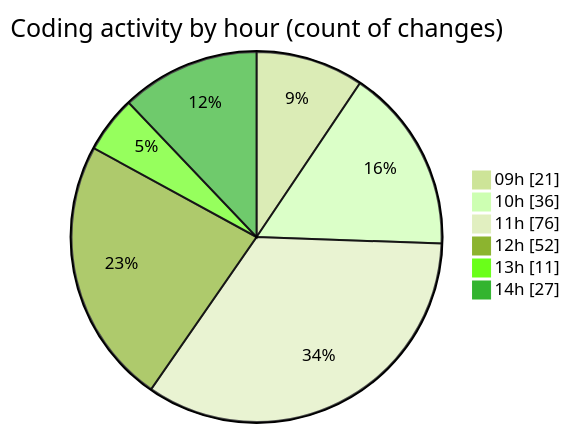
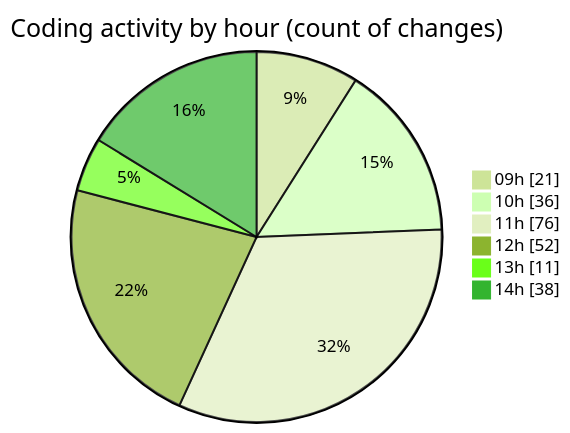
Before and after one commit to momahboobian/code-tracking: the second of 2 diagrams in 2025-09-09/cda/README.md, drawn with Mermaid (forest theme). The commit also changed other lines of this file and 1 other file, not shown here.

````diff
--- a/2025-09-09/cda/README.md
+++ b/2025-09-09/cda/README.md
@@ -138,10 +139,10 @@
 ```mermaid
 pie showData
 title Coding activity by hour (count of changes)
 "09h" : 21
 "10h" : 36
 "11h" : 76
 "12h" : 52
 "13h" : 11
-"14h" : 27
+"14h" : 38
 ```
````
